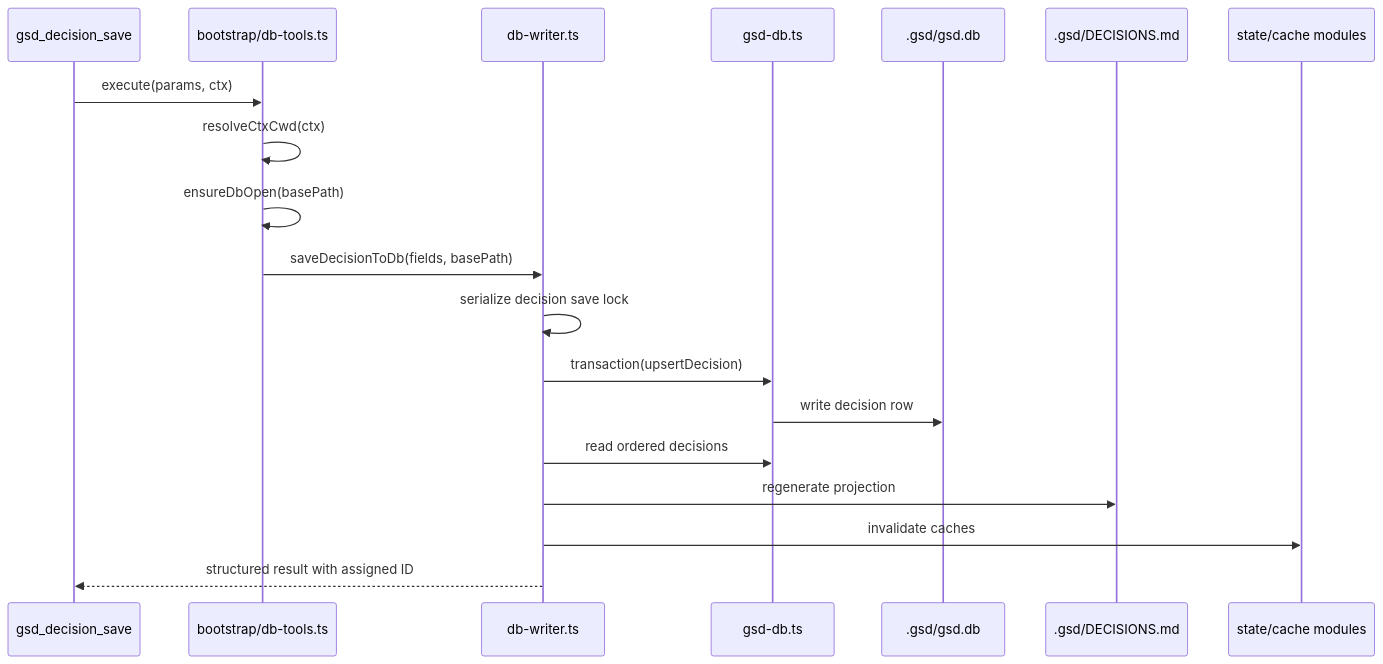
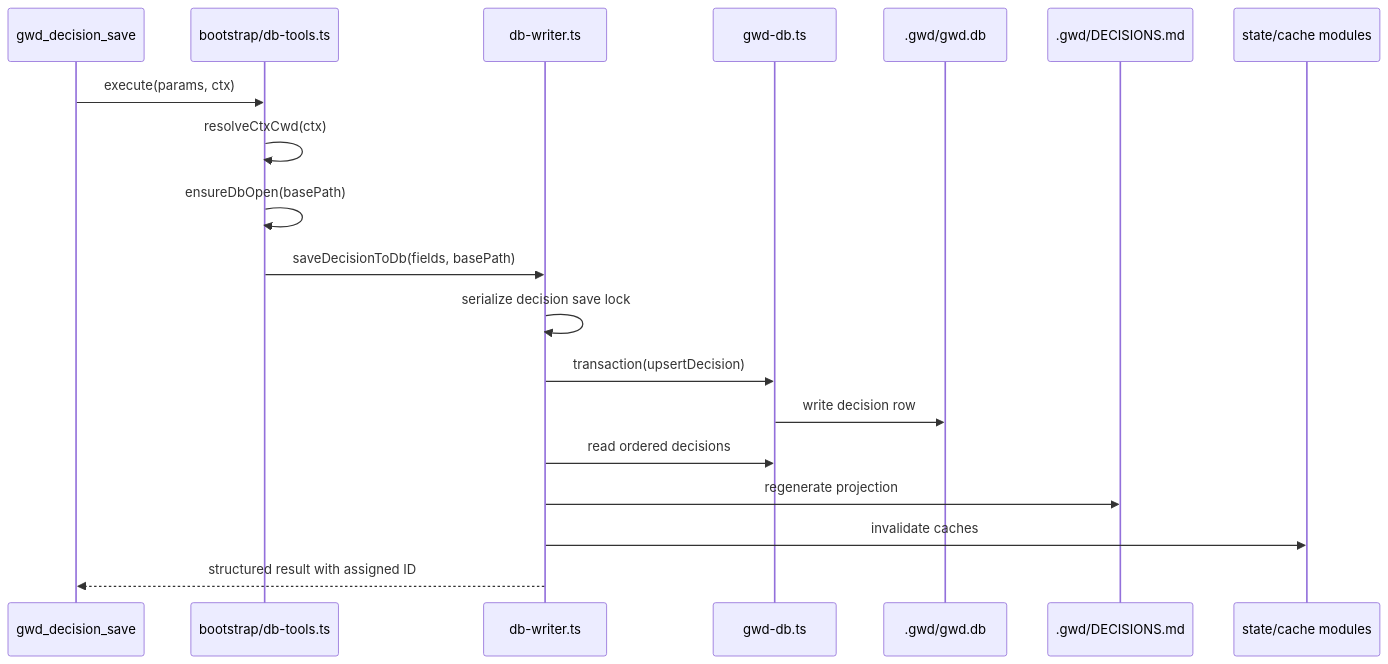
The seventh of 12 diagrams in docs/dev/architecture-data-flow.md (rayliu-factory/gwd), drawn with Mermaid before and after one commit. The commit also changed other lines of this file and 182 other files, not shown here.

````diff
--- a/docs/dev/architecture-data-flow.md
+++ b/docs/dev/architecture-data-flow.md
@@ -260,22 +260,22 @@
 ```mermaid
 sequenceDiagram
-  participant Tool as gsd_decision_save
+  participant Tool as gwd_decision_save
   participant DbTools as bootstrap/db-tools.ts
   participant Writer as db-writer.ts
-  participant Db as gsd-db.ts
-  participant Sqlite as .gsd/gsd.db
-  participant Disk as .gsd/DECISIONS.md
+  participant Db as gwd-db.ts
+  participant Sqlite as .gwd/gwd.db
+  participant Disk as .gwd/DECISIONS.md
   participant State as state/cache modules
 
   Tool->>DbTools: execute(params, ctx)
   DbTools->>DbTools: resolveCtxCwd(ctx)
   DbTools->>DbTools: ensureDbOpen(basePath)
   DbTools->>Writer: saveDecisionToDb(fields, basePath)
   Writer->>Writer: serialize decision save lock
   Writer->>Db: transaction(upsertDecision)
   Db->>Sqlite: write decision row
   Writer->>Db: read ordered decisions
   Writer->>Disk: regenerate projection
   Writer->>State: invalidate caches
   Writer-->>Tool: structured result with assigned ID
 ```
````
